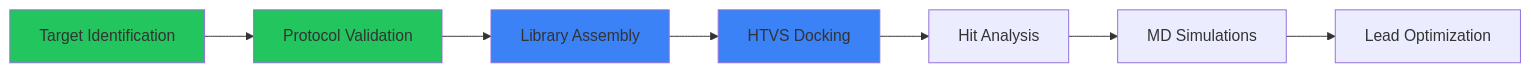
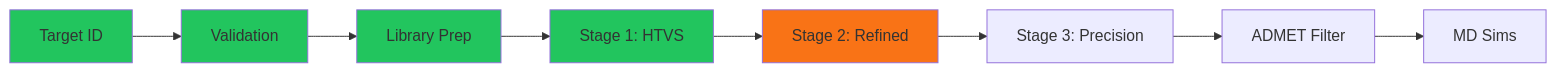
Before and after one commit to Ayush75-code/GPR55-Antagonist-Discovery: the diagram in README.md, drawn with Mermaid. The commit also changed other lines of this file, not shown here.

Commit message:
Update: Stage 2 HTVS status, top hits, pipeline table

````diff
--- a/README.md
+++ b/README.md
@@ -17,14 +18,16 @@
 ```mermaid
 flowchart LR
-    A[Target Identification] --> B[Protocol Validation]
-    B --> C[Library Assembly]
-    C --> D[HTVS Docking]
-    D --> E[Hit Analysis]
-    E --> F[MD Simulations]
-    F --> G[Lead Optimization]
+    A[Target ID] --> B[Validation]
+    B --> C[Library Prep]
+    C --> D[Stage 1: HTVS]
+    D --> E[Stage 2: Refined]
+    E --> F[Stage 3: Precision]
+    F --> G[ADMET Filter]
+    G --> H[MD Sims]
     
     style A fill:#22c55e
     style B fill:#22c55e
-    style C fill:#3b82f6
-    style D fill:#3b82f6
+    style C fill:#22c55e
+    style D fill:#22c55e
+    style E fill:#f97316
 ```
````
